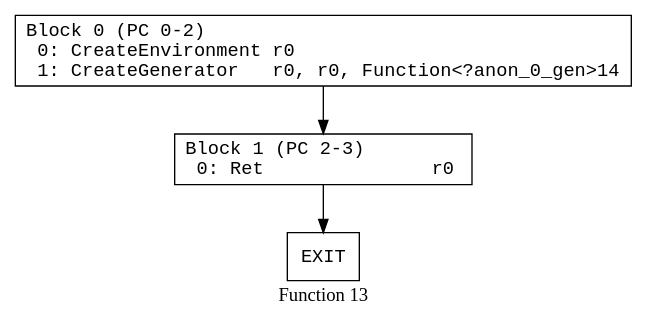
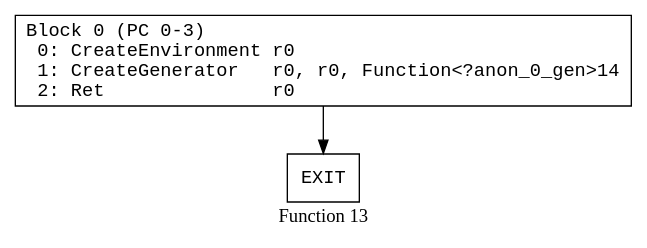
One commit to kroo/hermes-dec-rs changed the diagram in data/individual_pdfs/flow_control_function_13.dot. Above: the diagram before and after it, drawn with Graphviz. The commit also changed 116 other files, not shown here.

```diff
--- a/data/individual_pdfs/flow_control_function_13.dot
+++ b/data/individual_pdfs/flow_control_function_13.dot
@@ -1,18 +1,16 @@
 // Function 13 from flow_control
 // Generated from data/flow_control.dot
 
 digraph {
   rankdir=TB;
   node [shape=box, fontname="monospace"];
 
   label = "Function 13";
   style = filled;
   color = lightgrey;
 
-  f13_n0 [ label = "Block 0 (PC 0-2)\l  0: CreateEnvironment r0\l  1: CreateGenerator   r0, r0, Function<?anon_0_gen>14\l" ]
-  f13_n1 [ label = "Block 1 (PC 2-3)\l  0: Ret               r0\l" ]
-  f13_n2 [ label = "EXIT" ]
+  f13_n0 [ label = "Block 0 (PC 0-3)\l  0: CreateEnvironment r0\l  1: CreateGenerator   r0, r0, Function<?anon_0_gen>14\l  2: Ret               r0\l" ]
+  f13_n1 [ label = "EXIT" ]
 
   f13_n0 -> f13_n1
-  f13_n1 -> f13_n2
 }
```
